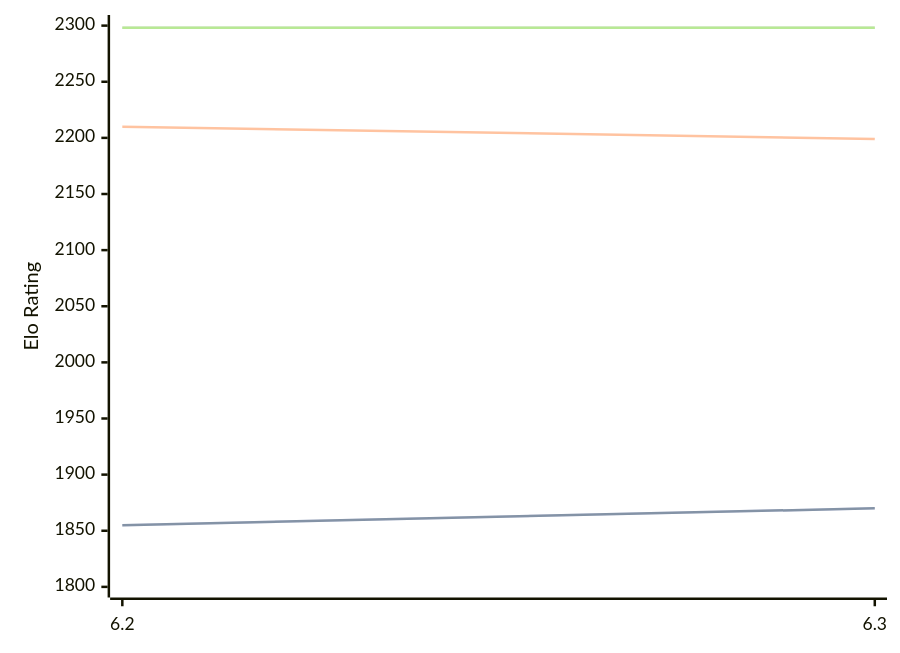
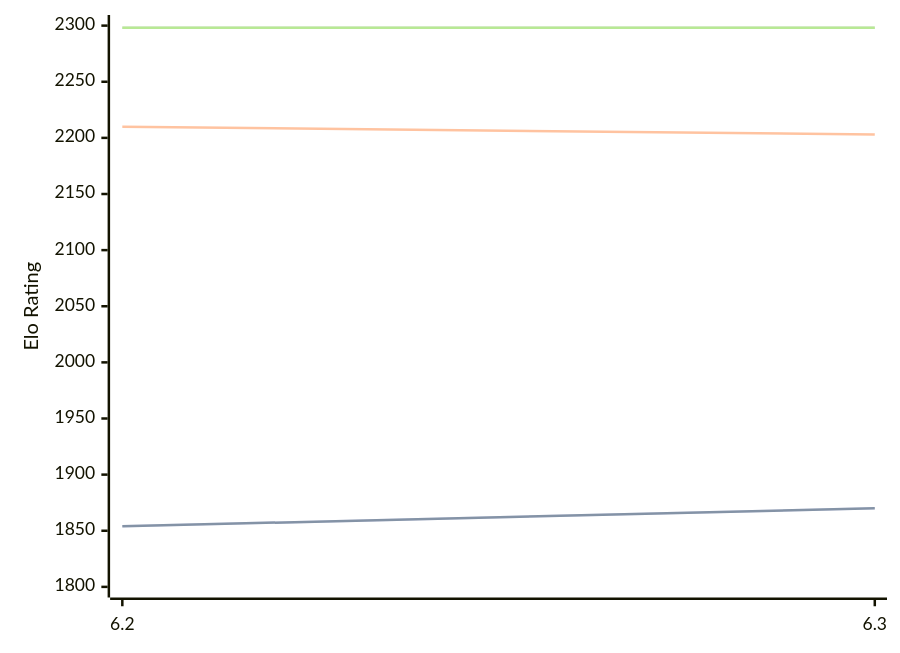
Before and after one commit to computer-chess-index/cci: the diagram in engines/chess4j.md, drawn with Mermaid. The commit also changed other lines of this file, not shown here.

````diff
--- a/engines/chess4j.md
+++ b/engines/chess4j.md
@@ -32,11 +32,11 @@
 ```mermaid
 %%{init: {"theme":"base","themeVariables":{"seriesColors:['#a3a3a3','#222221','#faa371']}}}%%
 xychart-beta
   x-axis ["6.2", "6.3"]
   y-axis "Elo Rating" 1800 --> 2300
-  line "" [1855, 1870]
-  line "STC (8.0+0.08s)" [1855, 1870]
-  line "LTC (60.0+0.60s)" [2210, 2199]
+  line "" [1854, 1870]
+  line "STC (8.0+0.08s)" [1854, 1870]
+  line "LTC (60.0+0.60s)" [2210, 2203]
   line "" [2298, 2298]
   line "VLTC (2m24s+1.12s)" [2298, 2298]
 ```
````
